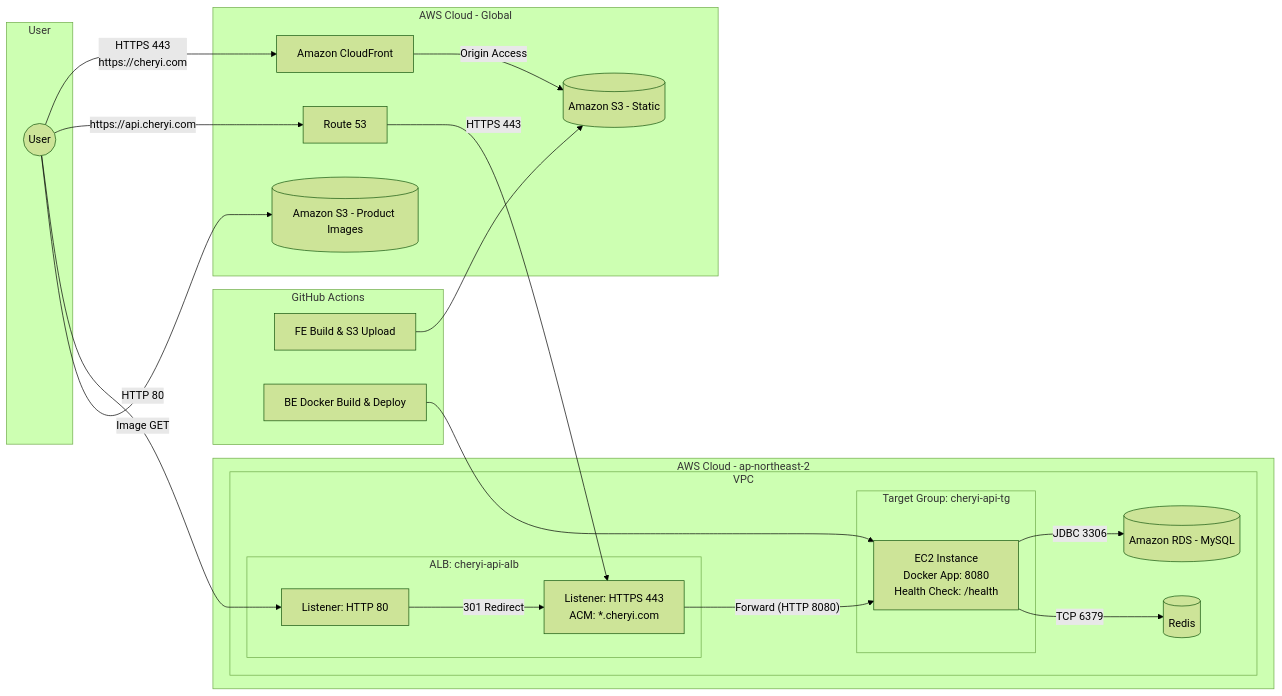
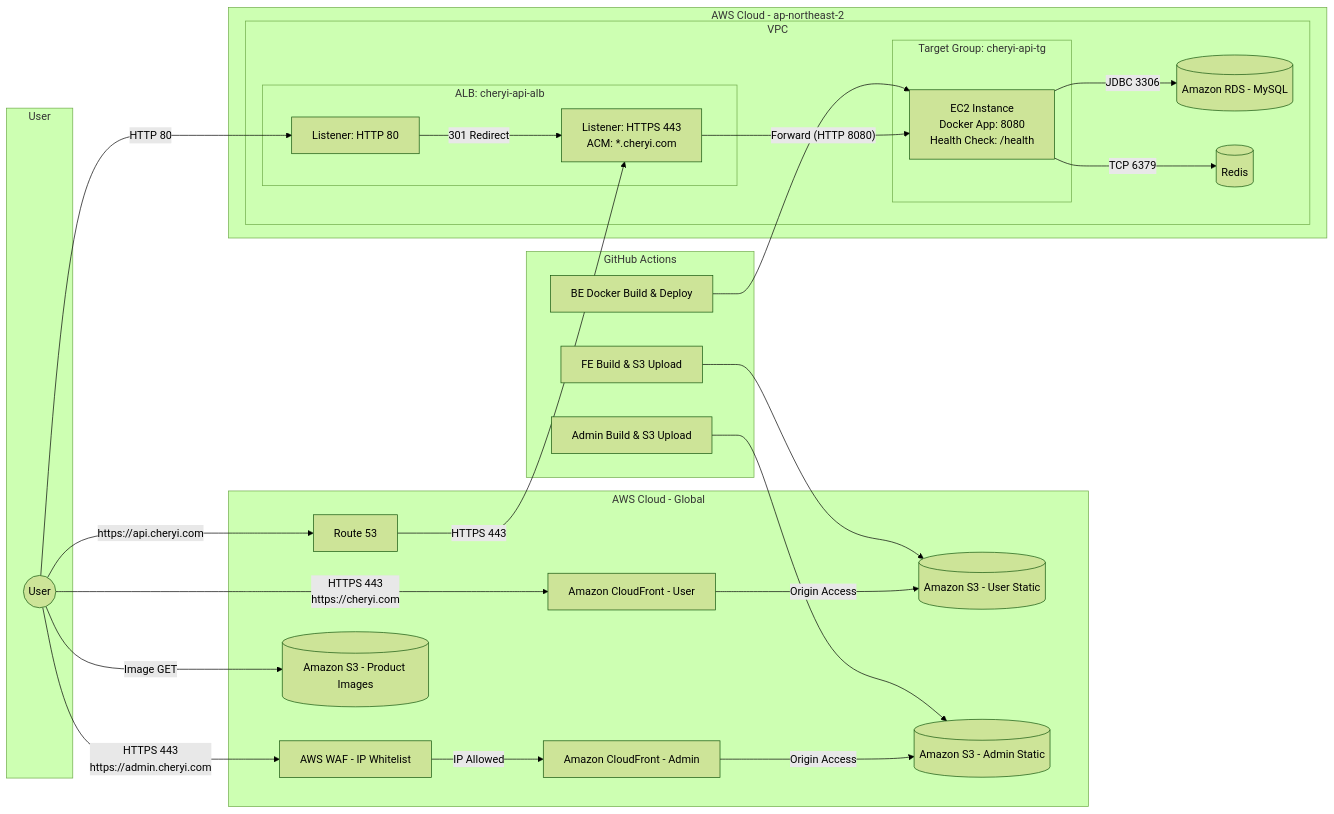
The diagram in architecture/cicd.md (cherry-market/cherry-architecture), drawn with Mermaid (forest theme) before and after one commit. The commit also changed other lines of this file and 2 other files, not shown here.

````diff
--- a/architecture/cicd.md
+++ b/architecture/cicd.md
@@ -3,54 +3,64 @@
 ```mermaid
 flowchart LR
     subgraph CI_CD [GitHub Actions]
         GHA_FE[FE Build & S3 Upload]
+        GHA_ADMIN[Admin Build & S3 Upload]
         GHA_BE[BE Docker Build & Deploy]
     end
 
     subgraph User_Interaction [User]
         User((User))
     end
 
     subgraph AWS_Global [AWS Cloud - Global]
         Route53[Route 53]
-        CloudFront[Amazon CloudFront]
-        S3Static[(Amazon S3 - Static)]
+        CloudFront[Amazon CloudFront - User]
+        AdminCF[Amazon CloudFront - Admin]
+        WAF[AWS WAF - IP Whitelist]
+        S3Static[(Amazon S3 - User Static)]
+        S3Admin[(Amazon S3 - Admin Static)]
         S3Media[(Amazon S3 - Product Images)]
     end
 
     subgraph AWS_Region [AWS Cloud - ap-northeast-2]
         subgraph VPC [VPC]
             subgraph ALB [ALB: cheryi-api-alb]
                 L80[Listener: HTTP 80]
                 L443[Listener: HTTPS 443\nACM: *.cheryi.com]
             end
 
             subgraph Target_Group [Target Group: cheryi-api-tg]
                 EC2[EC2 Instance\nDocker App: 8080\nHealth Check: /health]
             end
 
             RDS[(Amazon RDS - MySQL)]
             Redis[(Redis)]
         end
     end
 
     %% CI/CD Flow
     GHA_FE --> S3Static
+    GHA_ADMIN --> S3Admin
     GHA_BE --> EC2
 
     %% Frontend Flow
     User -- "HTTPS 443\nhttps://cheryi.com" --> CloudFront
     CloudFront -- "Origin Access" --> S3Static
+
+    %% Admin Flow
+    User -- "HTTPS 443\nhttps://admin.cheryi.com" --> WAF
+    WAF -- "IP Allowed" --> AdminCF
+    AdminCF -- "Origin Access" --> S3Admin
 
     %% Backend Flow
     User -- "https://api.cheryi.com" --> Route53
     Route53 -- "HTTPS 443" --> L443
     User -- "HTTP 80" --> L80
     L80 -- "301 Redirect" --> L443
     L443 -- "Forward (HTTP 8080)" --> EC2
     EC2 -- "JDBC 3306" --> RDS
     EC2 -- "TCP 6379" --> Redis
 
     %% Media Flow
     User -- "Image GET" --> S3Media
 ```
````
